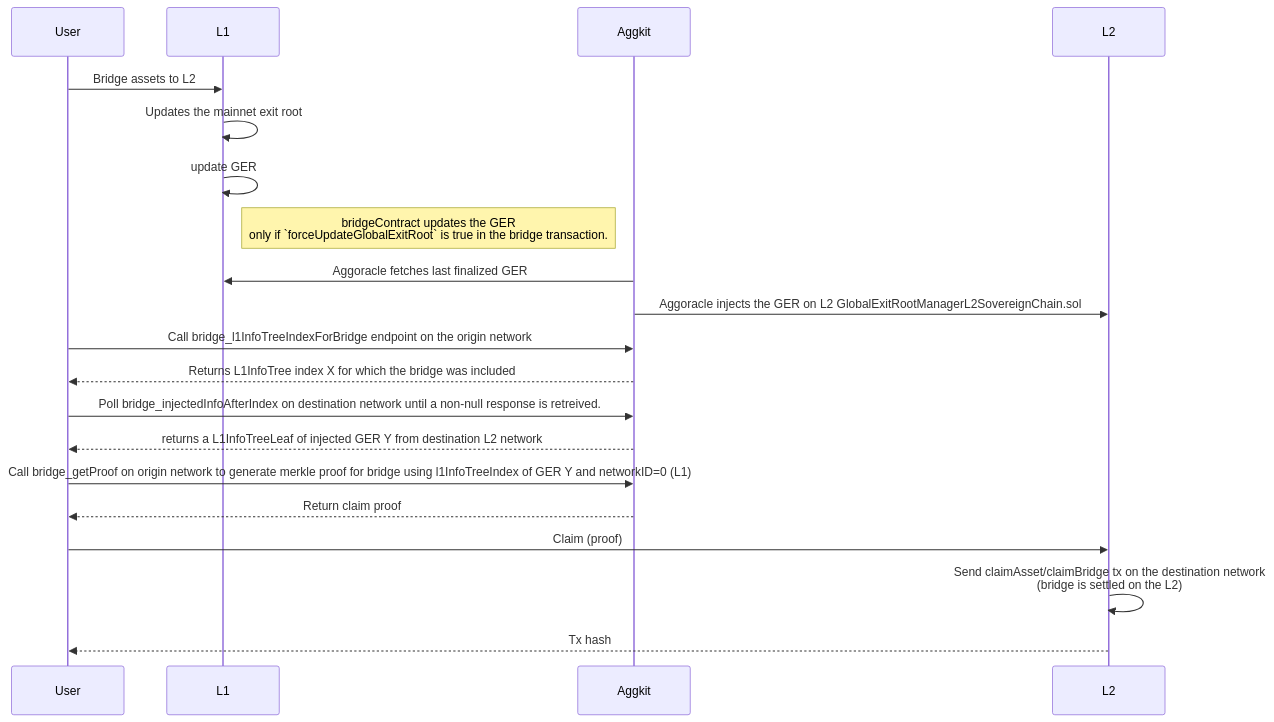
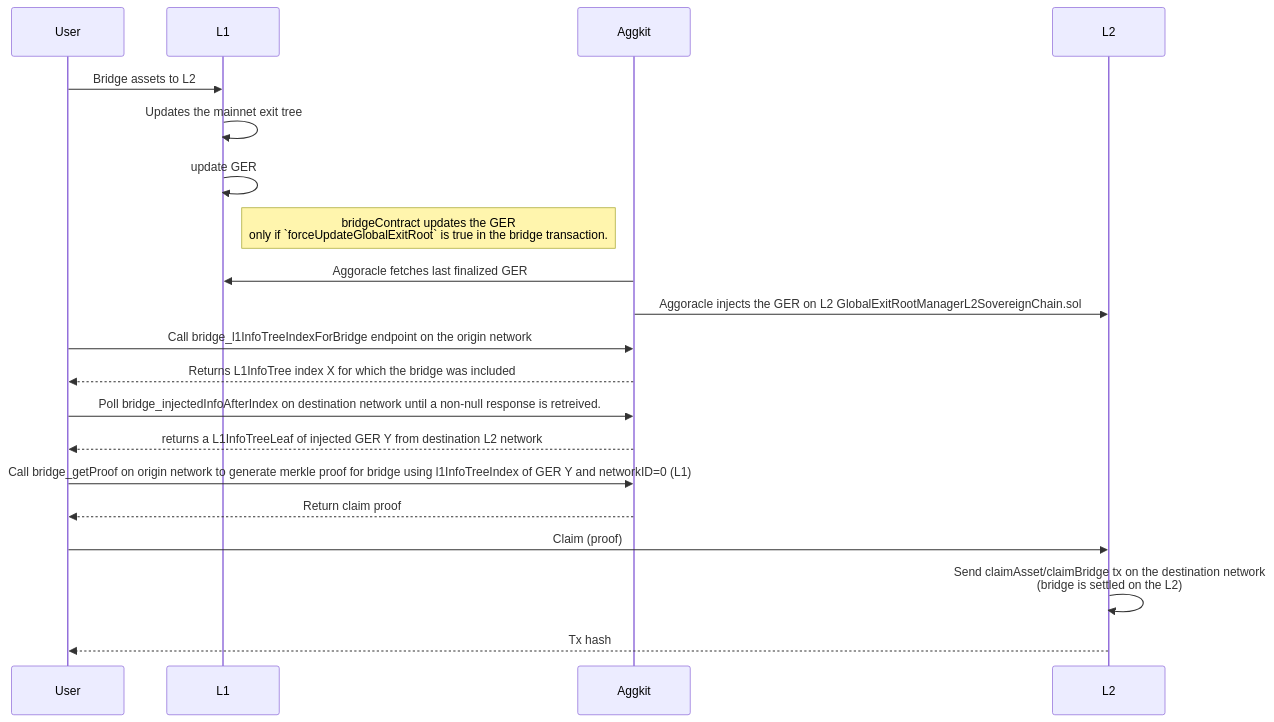
One commit to agglayer/aggkit changed the second of 5 diagrams in docs/bridge_service.md. Above: the diagram before and after it, drawn with Mermaid. The commit also changed other lines of this file, not shown here.

````diff
--- a/docs/bridge_service.md
+++ b/docs/bridge_service.md
@@ -36,24 +52,24 @@
 ```mermaid
 sequenceDiagram
     participant User
     participant L1
     participant Aggkit
     participant L2
 
     User->>L1: Bridge assets to L2
-    L1->>L1: Updates the mainnet exit root
+    L1->>L1: Updates the mainnet exit tree
     L1->>L1: update GER
     Note right of L1: bridgeContract updates the GER<br/>only if `forceUpdateGlobalExitRoot` is true in the bridge transaction.
     Aggkit->>L1: Aggoracle fetches last finalized GER
     Aggkit->>L2: Aggoracle injects the GER on L2 GlobalExitRootManagerL2SovereignChain.sol
 
     User->>Aggkit: Call bridge_l1InfoTreeIndexForBridge endpoint on the origin network
     Aggkit-->>User: Returns L1InfoTree index X for which the bridge was included
     User->>Aggkit: Poll bridge_injectedInfoAfterIndex on destination network until a non-null response is retreived.
     Aggkit-->>User: returns a L1InfoTreeLeaf of injected GER Y from destination L2 network
     User->>Aggkit: Call bridge_getProof on origin network to generate merkle proof for bridge using l1InfoTreeIndex of GER Y and networkID=0 (L1)
     Aggkit-->>User: Return claim proof
     User->>L2: Claim (proof)
     L2->>L2: Send claimAsset/claimBridge tx on the destination network<br/>(bridge is settled on the L2)
     L2-->>User: Tx hash
 ```
````
